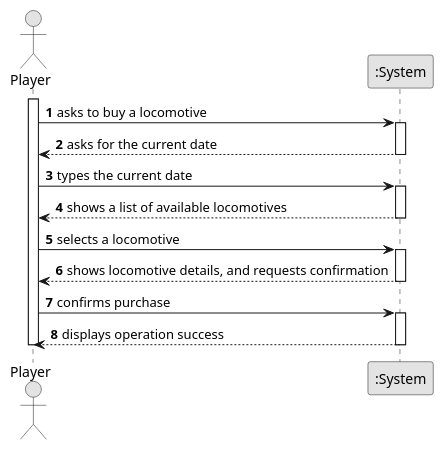
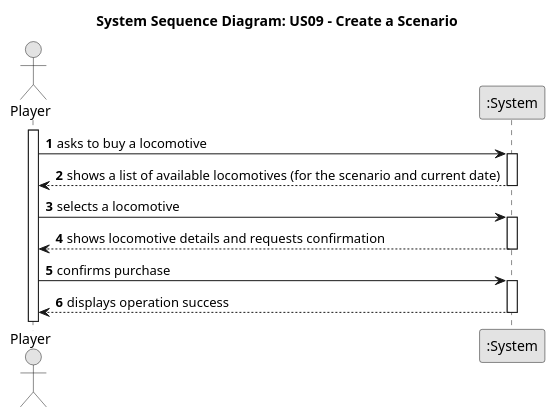
The diagram in docs/system-documentation/Sprint 1/US09/01.requirements-engineering/puml/US09-SSD.puml (HenriqueSilva18/Railway-Network-Simulator), drawn with PlantUML before and after one commit. The commit also changed 7 other files, not shown here.

```diff
--- a/docs/system-documentation/Sprint 1/US09/01.requirements-engineering/puml/US09-SSD.puml
+++ b/docs/system-documentation/Sprint 1/US09/01.requirements-engineering/puml/US09-SSD.puml
@@ -1,38 +1,33 @@
 @startuml
 skinparam monochrome true
 skinparam packageStyle rectangle
 skinparam shadowing false
 
 autonumber
+
+title System Sequence Diagram: US09 - Create a Scenario
 
 actor "Player" as Player
 participant ":System" as System
 
 activate Player
 
     Player -> System : asks to buy a locomotive
     activate System
 
-        System --> Player : asks for the current date
-    deactivate System
-
-    Player -> System : types the current date
-    activate System
-
-        System --> Player : shows a list of available locomotives
+        System --> Player : shows a list of available locomotives (for the scenario and current date)
     deactivate System
 
     Player -> System : selects a locomotive
     activate System
 
-        System --> Player : shows locomotive details, and requests confirmation
+        System --> Player : shows locomotive details and requests confirmation
     deactivate System
 
     Player -> System : confirms purchase
     activate System
 
         System --> Player : displays operation success
     deactivate System
 
-deactivate Player
 @enduml
```
